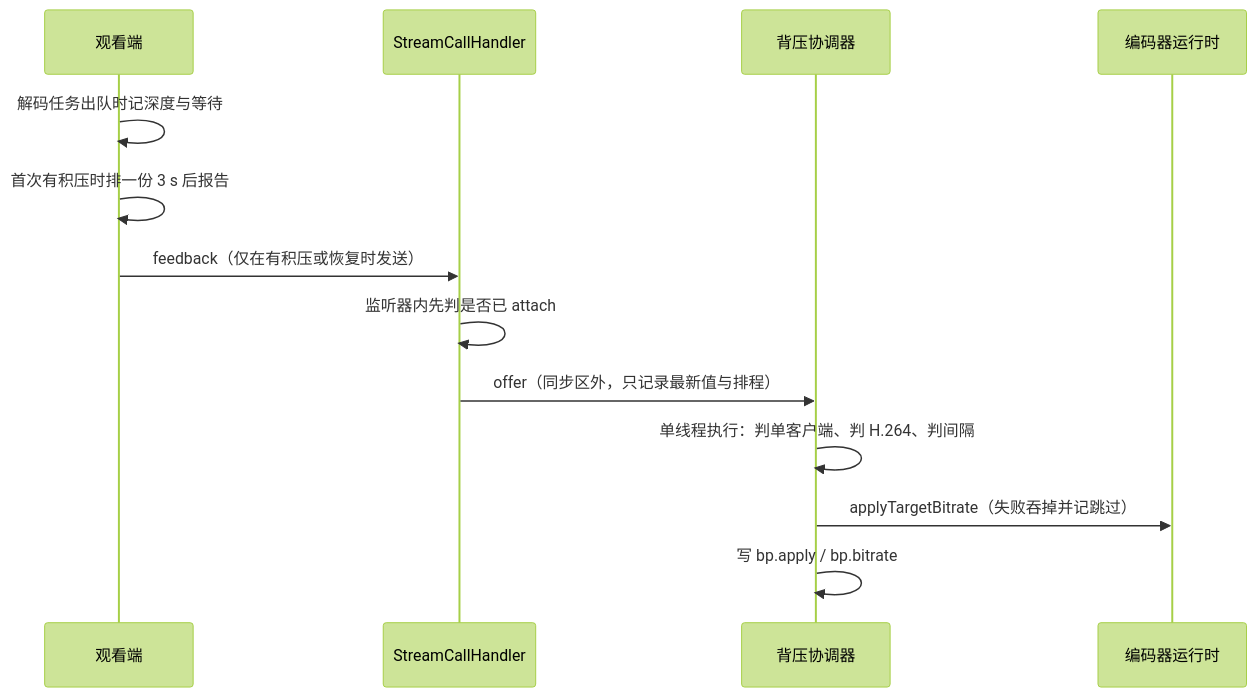
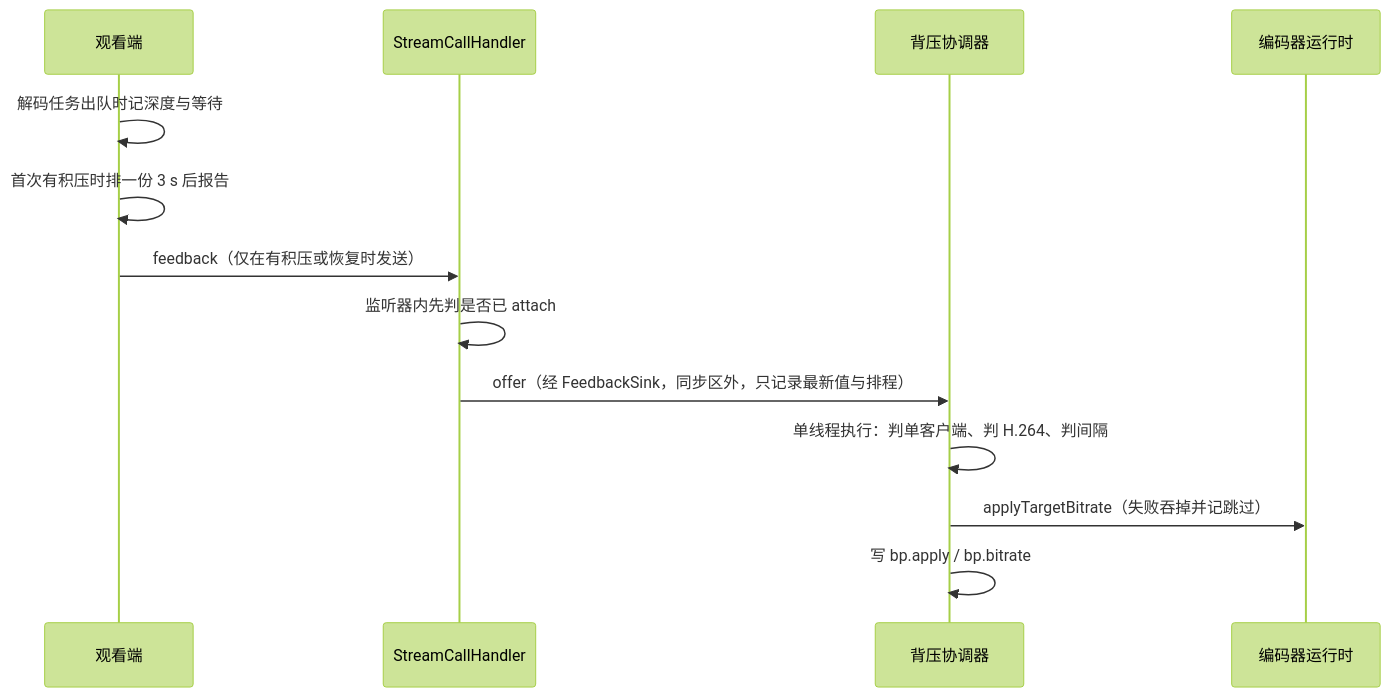
Before and after one commit to obby-xiang/LocalScreenShareAndroid: the fifth of 6 diagrams in docs/superpowers/specs/2026-10-23-performance-candidates-design.md, drawn with Mermaid (forest theme). The commit also changed other lines of this file and 1 other file, not shown here.

````diff
--- a/docs/superpowers/specs/2026-10-23-performance-candidates-design.md
+++ b/docs/superpowers/specs/2026-10-23-performance-candidates-design.md
@@ -341,15 +352,15 @@
 ```mermaid
 sequenceDiagram
     participant C as 观看端
     participant H as StreamCallHandler
     participant K as 背压协调器
     participant R as 编码器运行时
     C->>C: 解码任务出队时记深度与等待
     C->>C: 首次有积压时排一份 3 s 后报告
     C->>H: feedback（仅在有积压或恢复时发送）
     H->>H: 监听器内先判是否已 attach
-    H->>K: offer（同步区外，只记录最新值与排程）
+    H->>K: offer（经 FeedbackSink，同步区外，只记录最新值与排程）
     K->>K: 单线程执行：判单客户端、判 H.264、判间隔
     K->>R: applyTargetBitrate（失败吞掉并记跳过）
     K->>K: 写 bp.apply / bp.bitrate
 ```
````
